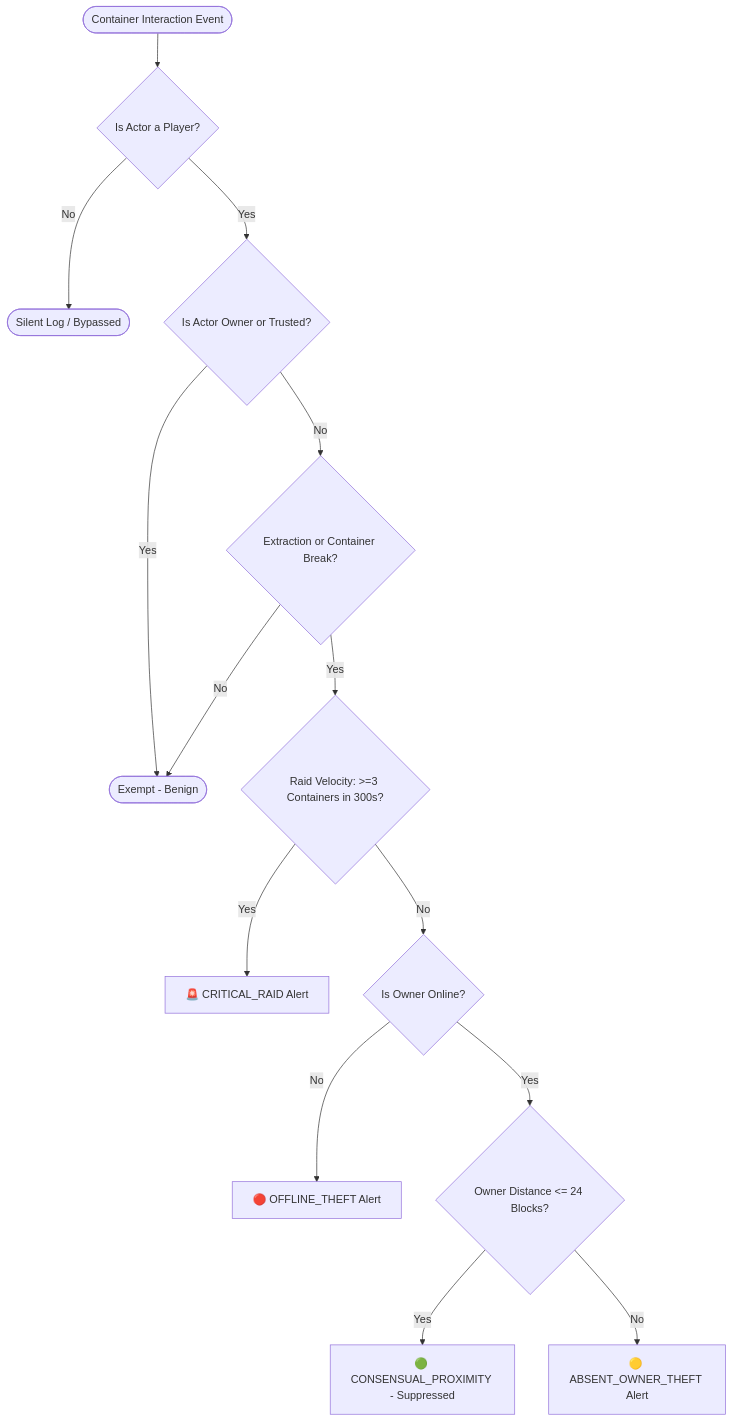
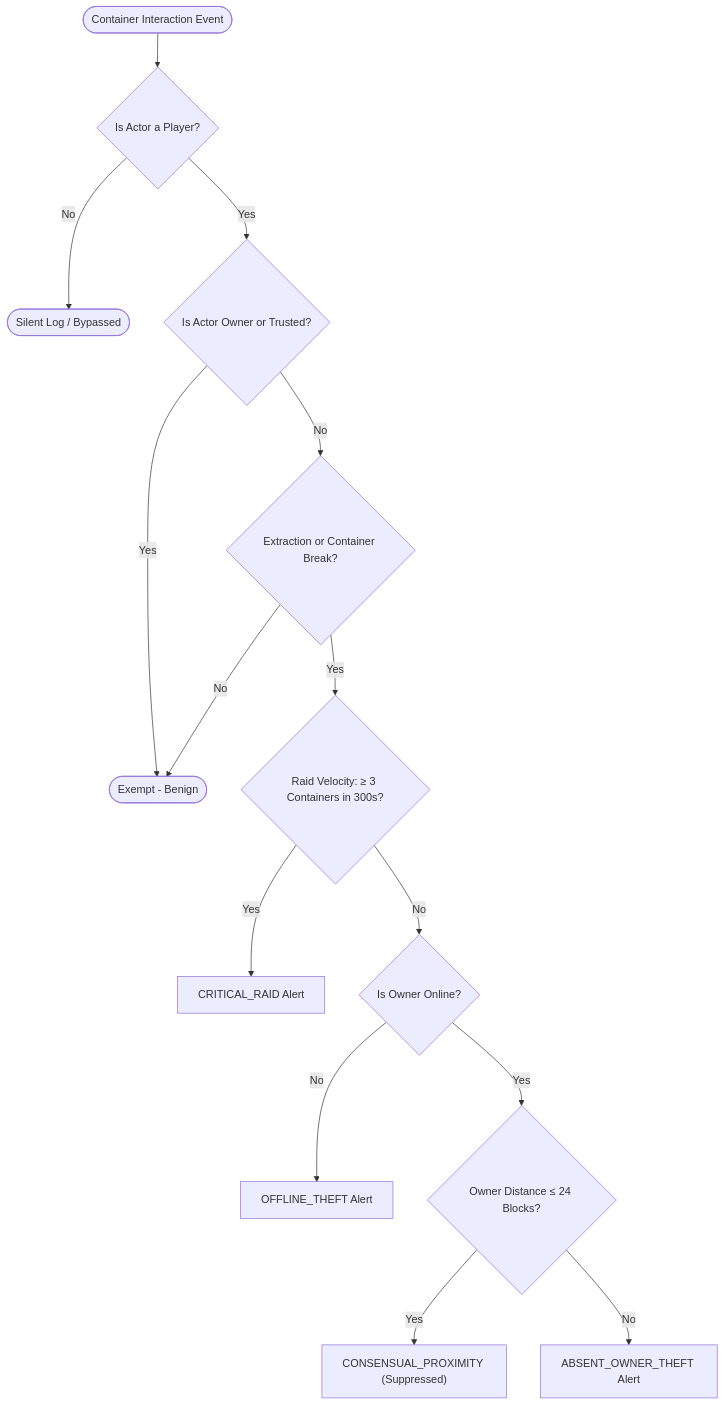
Before and after one commit to Sayanthegamer/Chestlogger-mod: the second of 3 diagrams in docs/MODERATOR_GUIDE.md, drawn with Mermaid. The commit also changed other lines of this file and 2 other files, not shown here.

Commit message:
docs: add user-friendly player guide and fix GitHub mermaid diagrams

````diff
--- a/docs/MODERATOR_GUIDE.md
+++ b/docs/MODERATOR_GUIDE.md
@@ -231,16 +231,16 @@
 ```mermaid
 flowchart TD
-    Start([Container Interaction Event]) --> IsPlayer{Is Actor a Player?}
-    IsPlayer -- No --> EndBypass([Silent Log / Bypassed])
-    IsPlayer -- Yes --> IsExempt{Is Actor Owner or Trusted?}
-    IsExempt -- Yes --> EndExempt([Exempt - Benign])
-    IsExempt -- No --> IsTheft{Extraction or Container Break?}
+    Start(["Container Interaction Event"]) --> IsPlayer{"Is Actor a Player?"}
+    IsPlayer -- No --> EndBypass(["Silent Log / Bypassed"])
+    IsPlayer -- Yes --> IsExempt{"Is Actor Owner or Trusted?"}
+    IsExempt -- Yes --> EndExempt(["Exempt - Benign"])
+    IsExempt -- No --> IsTheft{"Extraction or Container Break?"}
     IsTheft -- No --> EndExempt
-    IsTheft -- Yes --> CheckRaid{Raid Velocity: >=3 Containers in 300s?}
-    CheckRaid -- Yes --> RaidAlert[🚨 CRITICAL_RAID Alert]
-    CheckRaid -- No --> CheckOnline{Is Owner Online?}
-    CheckOnline -- No --> OfflineAlert[🔴 OFFLINE_THEFT Alert]
-    CheckOnline -- Yes --> CheckDist{Owner Distance <= 24 Blocks?}
-    CheckDist -- Yes --> Consensual[🟢 CONSENSUAL_PROXIMITY - Suppressed]
-    CheckDist -- No --> AbsentAlert[🟡 ABSENT_OWNER_THEFT Alert]
+    IsTheft -- Yes --> CheckRaid{"Raid Velocity: &ge; 3 Containers in 300s?"}
+    CheckRaid -- Yes --> RaidAlert["CRITICAL_RAID Alert"]
+    CheckRaid -- No --> CheckOnline{"Is Owner Online?"}
+    CheckOnline -- No --> OfflineAlert["OFFLINE_THEFT Alert"]
+    CheckOnline -- Yes --> CheckDist{"Owner Distance &le; 24 Blocks?"}
+    CheckDist -- Yes --> Consensual["CONSENSUAL_PROXIMITY (Suppressed)"]
+    CheckDist -- No --> AbsentAlert["ABSENT_OWNER_THEFT Alert"]
 ```
````
